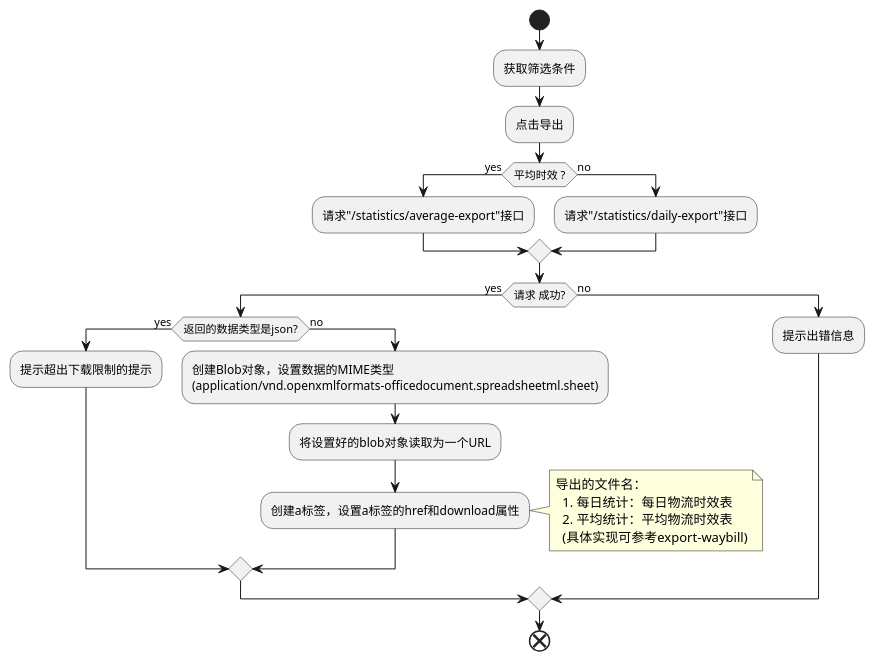
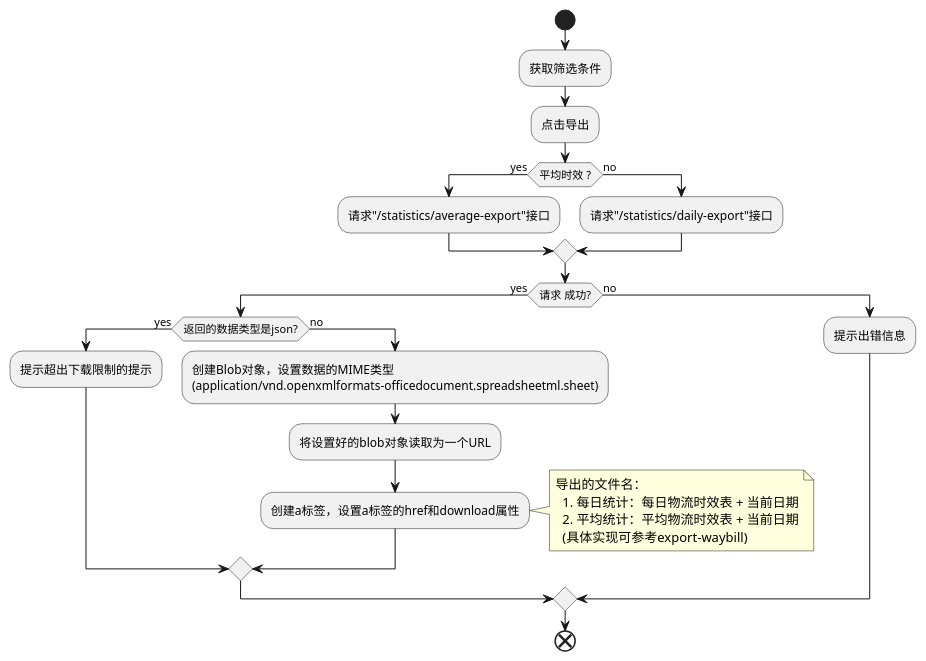
Before and after one commit to futurekidult/lis: the diagram in docs/development-flow-diagram.puml/statistics/export-statistics.puml, drawn with PlantUML. The commit also changed 5 other files, not shown here.

```diff
--- a/docs/development-flow-diagram.puml/statistics/export-statistics.puml
+++ b/docs/development-flow-diagram.puml/statistics/export-statistics.puml
@@ -1,31 +1,31 @@
 @startuml
 
 start
 :获取筛选条件;
 :点击导出;
  if(平均时效 ?) then (yes)
   :请求"/statistics/average-export"接口;
 else (no)
   :请求"/statistics/daily-export"接口;
 endif
 if(请求 成功?) then (yes)
   if(返回的数据类型是json?) then (yes)
     :提示超出下载限制的提示;
   else (no)
     :创建Blob对象，设置数据的MIME类型
     (application/vnd.openxmlformats-officedocument.spreadsheetml.sheet);
     :将设置好的blob对象读取为一个URL;
     :创建a标签，设置a标签的href和download属性;
     note right
         导出的文件名：
-          1. 每日统计：每日物流时效表
-          2. 平均统计：平均物流时效表
+          1. 每日统计：每日物流时效表 + 当前日期
+          2. 平均统计：平均物流时效表 + 当前日期
           (具体实现可参考export-waybill)
     end note
   endif
 else (no)
   :提示出错信息;
 endif
 end
 
 @enduml
```
